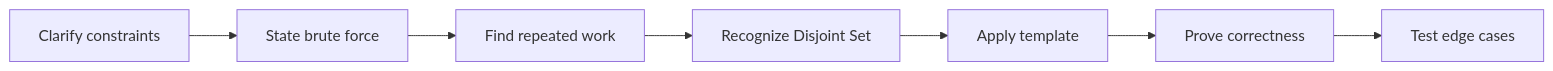
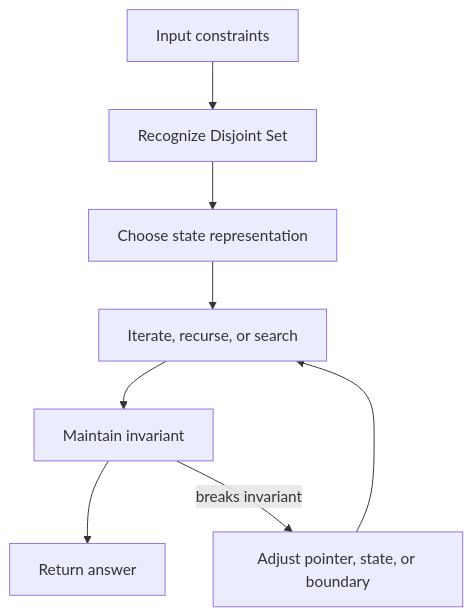
Before and after one commit to abstractinterviews/abstractinterviews.github.io: the second of 2 diagrams in coding-round/data-structures/disjoint-set/index.md, drawn with Mermaid. The commit also changed other lines of this file and 278 other files, not shown here.

````diff
--- a/coding-round/data-structures/disjoint-set/index.md
+++ b/coding-round/data-structures/disjoint-set/index.md
@@ -123,9 +121,10 @@
-~~~mermaid
-flowchart LR
-    A["Clarify constraints"] --> B["State brute force"]
-    B --> C["Find repeated work"]
-    C --> D["Recognize Disjoint Set"]
-    D --> E["Apply template"]
-    E --> F["Prove correctness"]
-    F --> G["Test edge cases"]
-~~~
+```mermaid
+flowchart TD
+    Input["Input constraints"] --> Pattern["Recognize Disjoint Set"]
+    Pattern --> State["Choose state representation"]
+    State --> Iterate["Iterate, recurse, or search"]
+    Iterate --> Check["Maintain invariant"]
+    Check --> Result["Return answer"]
+    Check -->|breaks invariant| Fix["Adjust pointer, state, or boundary"]
+    Fix --> Iterate
+```
````
